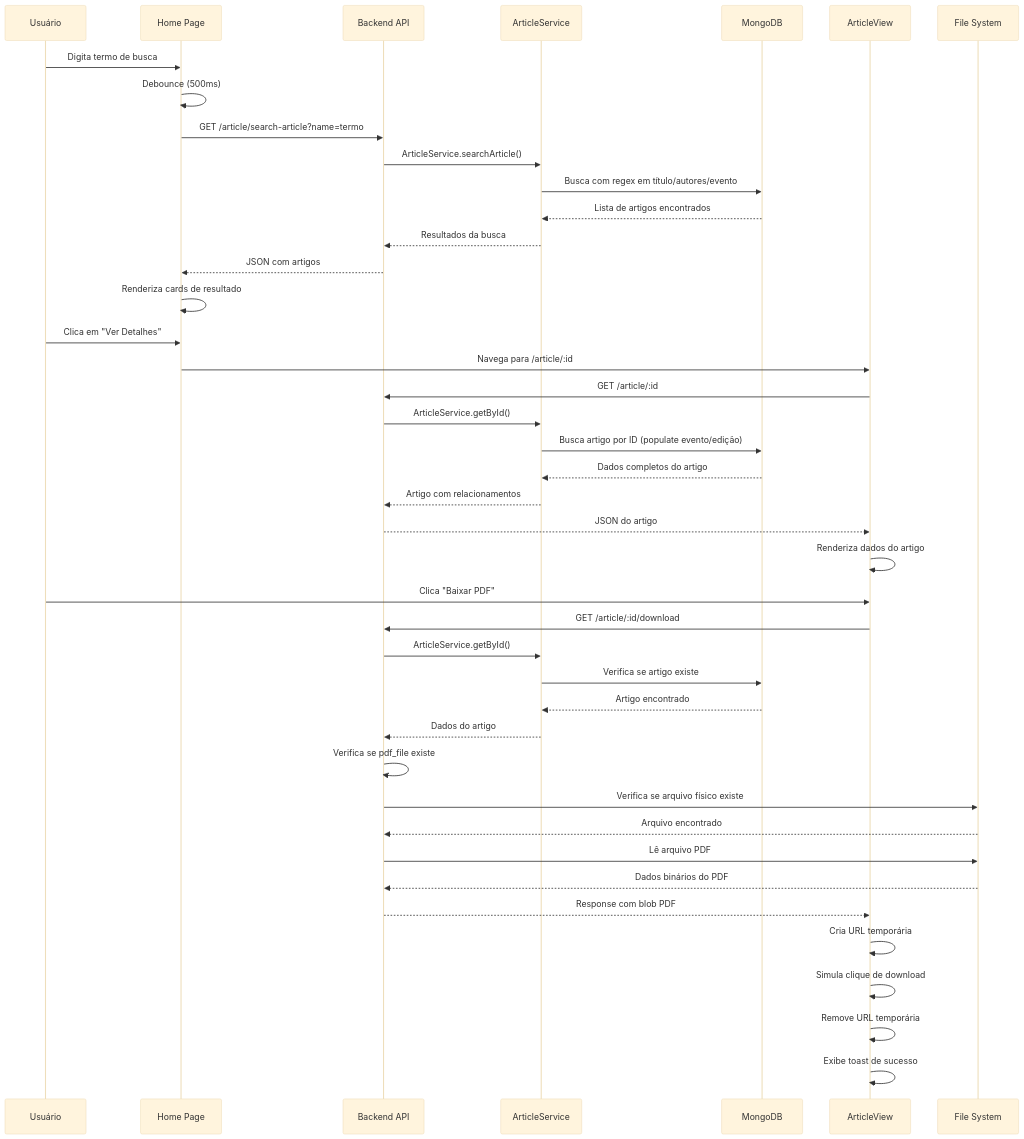
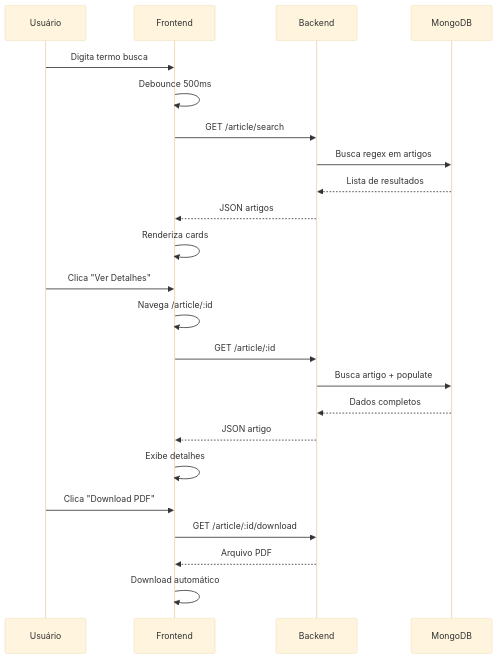
One commit to RaviHector/biblioteca-digital changed the third of 3 diagrams in README.md. Above: the diagram before and after it, drawn with Mermaid (base theme). The commit also changed other lines of this file and 10 other files, not shown here.

````diff
--- a/README.md
+++ b/README.md
@@ -196,53 +171,30 @@
 ```mermaid
 sequenceDiagram
     participant U as Usuário
-    participant H as Home Page
-    participant API as Backend API
-    participant AS as ArticleService
+    participant F as Frontend
+    participant API as Backend
     participant DB as MongoDB
-    participant AV as ArticleView
-    participant FS as File System
 
-    U->>H: Digita termo de busca
-    H->>H: Debounce (500ms)
-    H->>API: GET /article/search-article?name=termo
+    U->>F: Digita termo busca
+    F->>F: Debounce 500ms
+    F->>API: GET /article/search
     
-    API->>AS: ArticleService.searchArticle()
-    AS->>DB: Busca com regex em título/autores/evento
-    DB-->>AS: Lista de artigos encontrados
-    AS-->>API: Resultados da busca
-    API-->>H: JSON com artigos
+    API->>DB: Busca regex em artigos
+    DB-->>API: Lista de resultados
+    API-->>F: JSON artigos
     
-    H->>H: Renderiza cards de resultado
-    U->>H: Clica em "Ver Detalhes"
-    H->>AV: Navega para /article/:id
+    F->>F: Renderiza cards
+    U->>F: Clica "Ver Detalhes"
+    F->>F: Navega /article/:id
     
-    AV->>API: GET /article/:id
-    API->>AS: ArticleService.getById()
-    AS->>DB: Busca artigo por ID (populate evento/edição)
-    DB-->>AS: Dados completos do artigo
-    AS-->>API: Artigo com relacionamentos
-    API-->>AV: JSON do artigo
+    F->>API: GET /article/:id
+    API->>DB: Busca artigo + populate
+    DB-->>API: Dados completos
+    API-->>F: JSON artigo
     
-    AV->>AV: Renderiza dados do artigo
-    U->>AV: Clica "Baixar PDF"
-    
-    AV->>API: GET /article/:id/download
-    API->>AS: ArticleService.getById()
-    AS->>DB: Verifica se artigo existe
-    DB-->>AS: Artigo encontrado
-    AS-->>API: Dados do artigo
-    
-    API->>API: Verifica se pdf_file existe
-    API->>FS: Verifica se arquivo físico existe
-    FS-->>API: Arquivo encontrado
-    
-    API->>FS: Lê arquivo PDF
-    FS-->>API: Dados binários do PDF
-    API-->>AV: Response com blob PDF
-    
-    AV->>AV: Cria URL temporária
-    AV->>AV: Simula clique de download
-    AV->>AV: Remove URL temporária
-    AV->>AV: Exibe toast de sucesso
+    F->>F: Exibe detalhes
+    U->>F: Clica "Download PDF"
+    F->>API: GET /article/:id/download
+    API-->>F: Arquivo PDF
+    F->>F: Download automático
 ```
````
